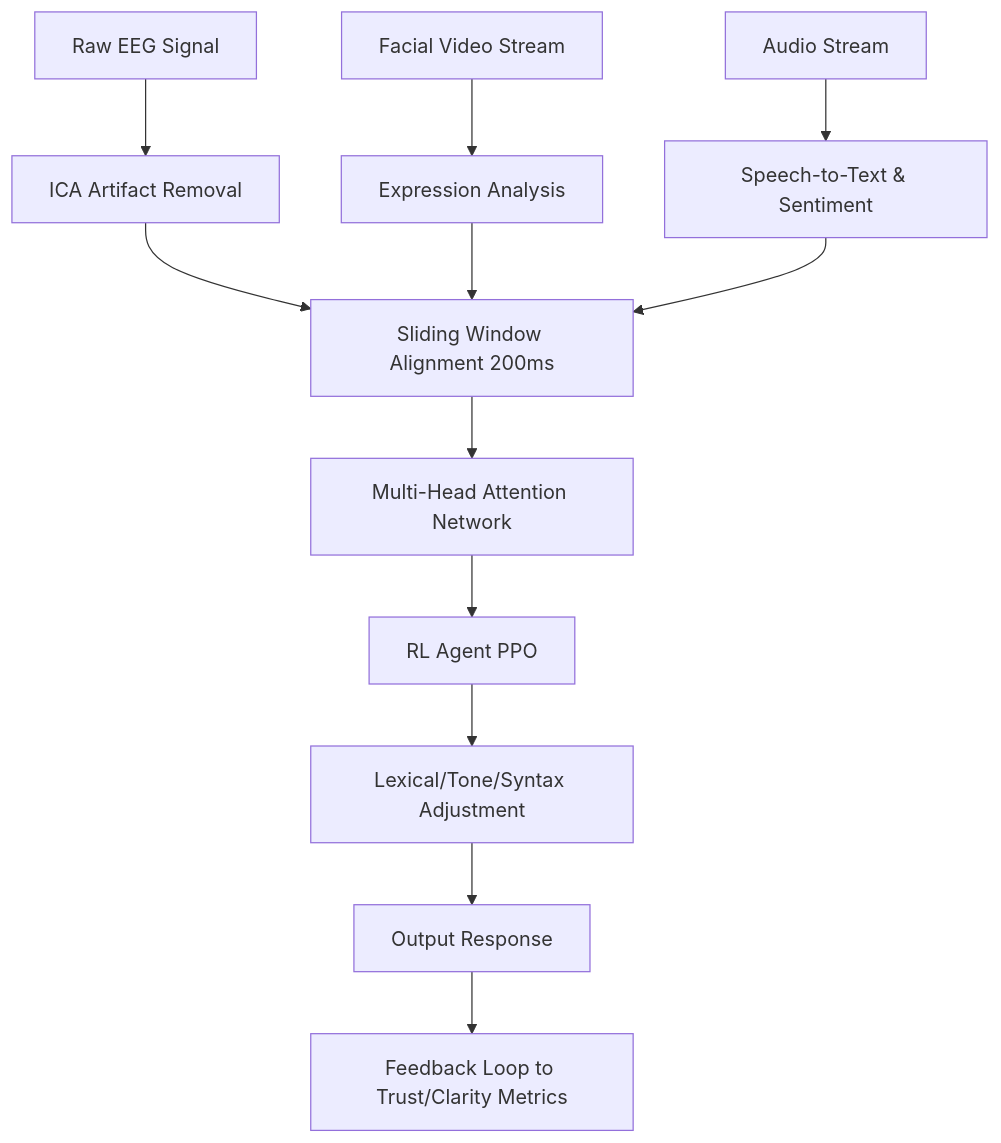
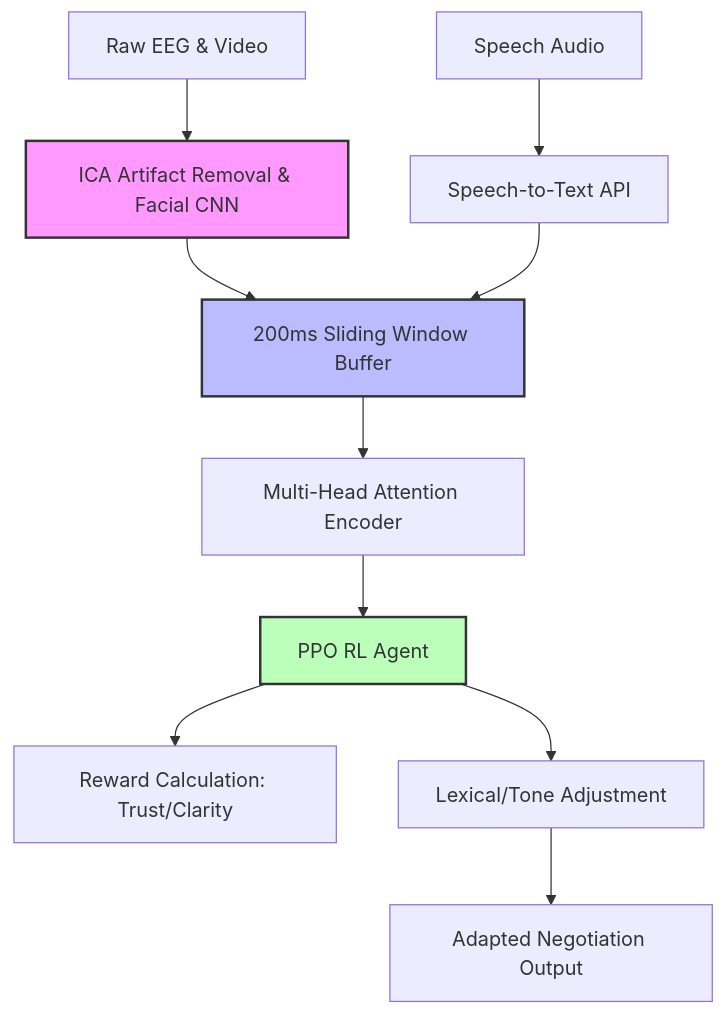
Before and after one commit to shawnhvac/agentworld-prior-art: the diagram in inventions/inv_neural_feedback_driven_language_adaptation_nfda__03346.md, drawn with Mermaid. The commit also changed other lines of this file and 129 other files, not shown here.

````diff
--- a/inventions/inv_neural_feedback_driven_language_adaptation_nfda__03346.md
+++ b/inventions/inv_neural_feedback_driven_language_adaptation_nfda__03346.md
@@ -47,14 +49,15 @@
 ```mermaid
 graph TD
-    A[Raw EEG Signal] --> B[ICA Artifact Removal]
-    C[Facial Video Stream] --> D[Expression Analysis]
-    E[Audio Stream] --> F[Speech-to-Text & Sentiment]
-    B --> G[Sliding Window Alignment 200ms]
-    D --> G
-    F --> G
-    G --> H[Multi-Head Attention Network]
-    H --> I[RL Agent PPO]
-    I --> J[Lexical/Tone/Syntax Adjustment]
-    J --> K[Output Response]
-    K --> L[Feedback Loop to Trust/Clarity Metrics]
+    A[Raw EEG & Video] --> B[ICA Artifact Removal & Facial CNN]
+    C[Speech Audio] --> D[Speech-to-Text API]
+    B --> E[200ms Sliding Window Buffer]
+    D --> E
+    E --> F[Multi-Head Attention Encoder]
+    F --> G[PPO RL Agent]
+    G --> H[Reward Calculation: Trust/Clarity]
+    G --> I[Lexical/Tone Adjustment]
+    I --> J[Adapted Negotiation Output]
+    style B fill:#f9f,stroke:#333,stroke-width:2px
+    style E fill:#bbf,stroke:#333,stroke-width:2px
+    style G fill:#bfb,stroke:#333,stroke-width:2px
 ```
````
